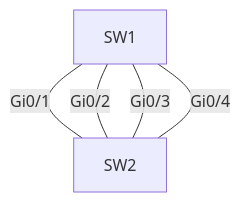
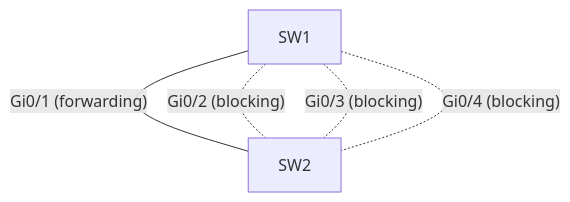
Before and after one commit to fuis18/ccna-net: the first of 2 diagrams in src/content/docs/03-switching/etherchannel.md, drawn with Mermaid. The commit also changed other lines of this file and 5 other files, not shown here.

````diff
--- a/src/content/docs/03-switching/etherchannel.md
+++ b/src/content/docs/03-switching/etherchannel.md
@@ -19,7 +13,7 @@
 ```mermaid
 graph TD
-    S1[SW1] ---|"Gi0/1"| S2[SW2]
-    S1 ---|"Gi0/2"| S2
-    S1 ---|"Gi0/3"| S2
-    S1 ---|"Gi0/4"| S2
+    S1[SW1] ---|"Gi0/1 (forwarding)"| S2[SW2]
+    S1 -.-|"Gi0/2 (blocking)"| S2
+    S1 -.-|"Gi0/3 (blocking)"| S2
+    S1 -.-|"Gi0/4 (blocking)"| S2
 ```
````
